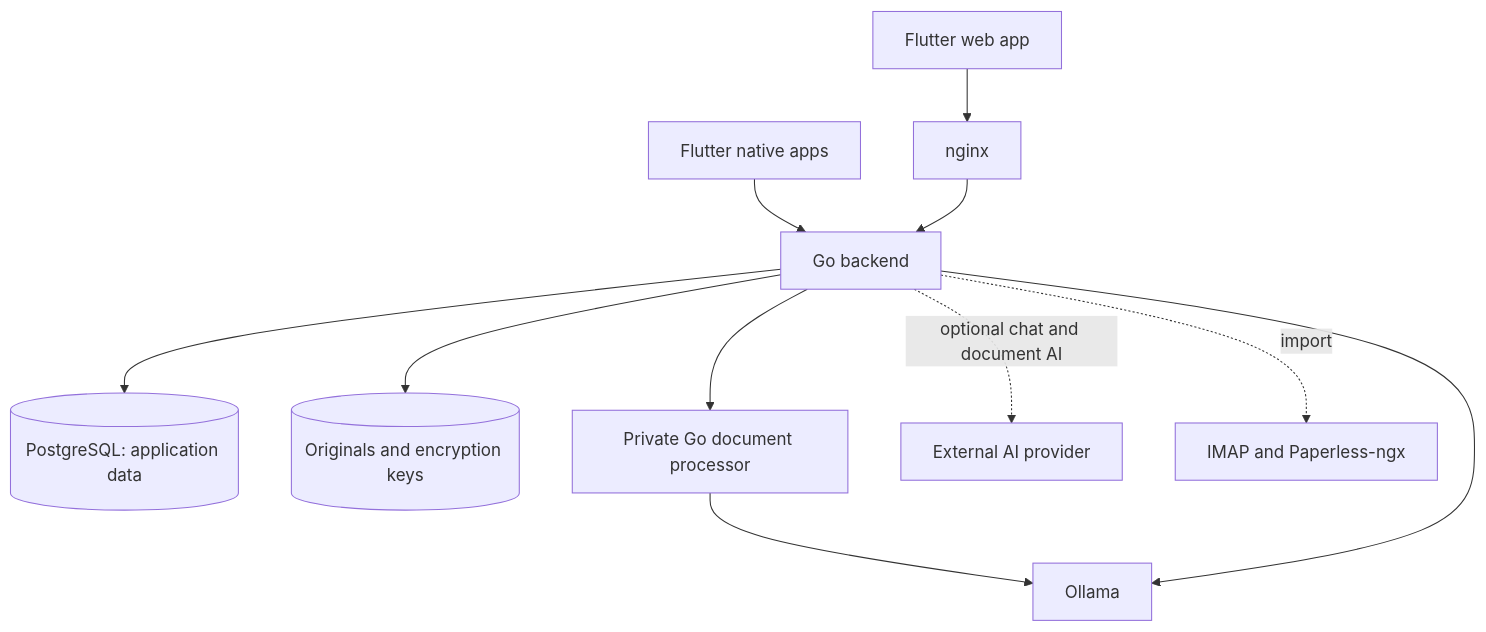
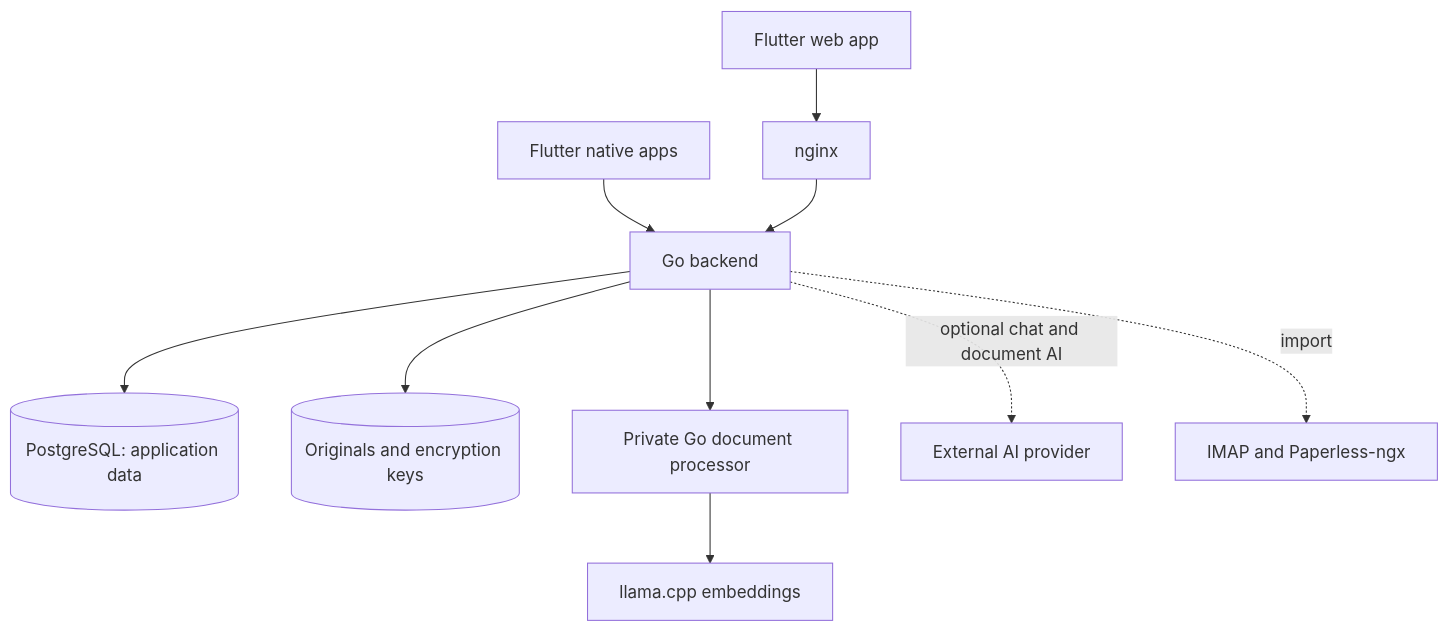
The diagram in architecture.md (saschTa/domabas), drawn with Mermaid before and after one commit. The commit also changed other lines of this file and 281 other files, not shown here.

Commit message:
Replace Ollama with llama.cpp for local embeddings

````diff
--- a/architecture.md
+++ b/architecture.md
@@ -26,13 +26,12 @@
 ```mermaid
 flowchart TD
   Browser[Flutter web app] --> Web[nginx]
   Native[Flutter native apps] --> API[Go backend]
   Web --> API
   API --> DB[(PostgreSQL: application data)]
   API --> Files[(Originals and encryption keys)]
   API --> Processor[Private Go document processor]
-  Processor --> Ollama[Ollama]
-  API --> Ollama
+Processor --> Embeddings[llama.cpp embeddings]
   API -. optional chat and document AI .-> Provider[External AI provider]
   API -. import .-> Sources[IMAP and Paperless-ngx]
 ```
````
